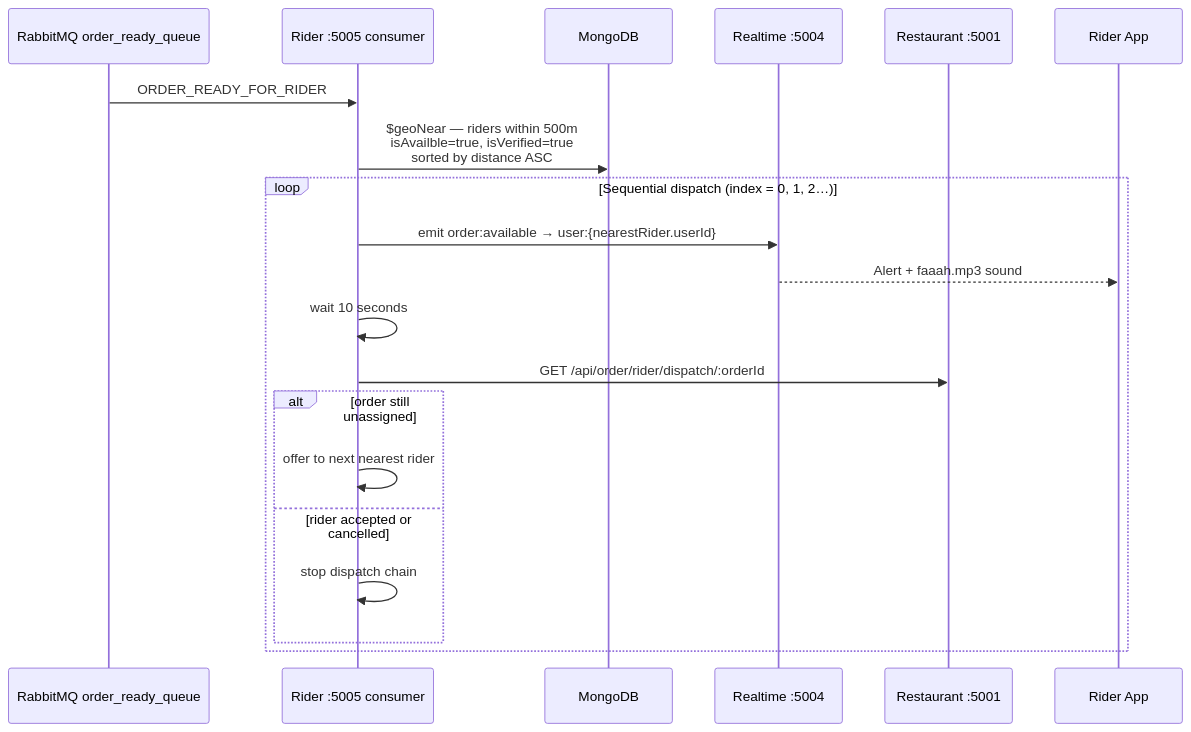
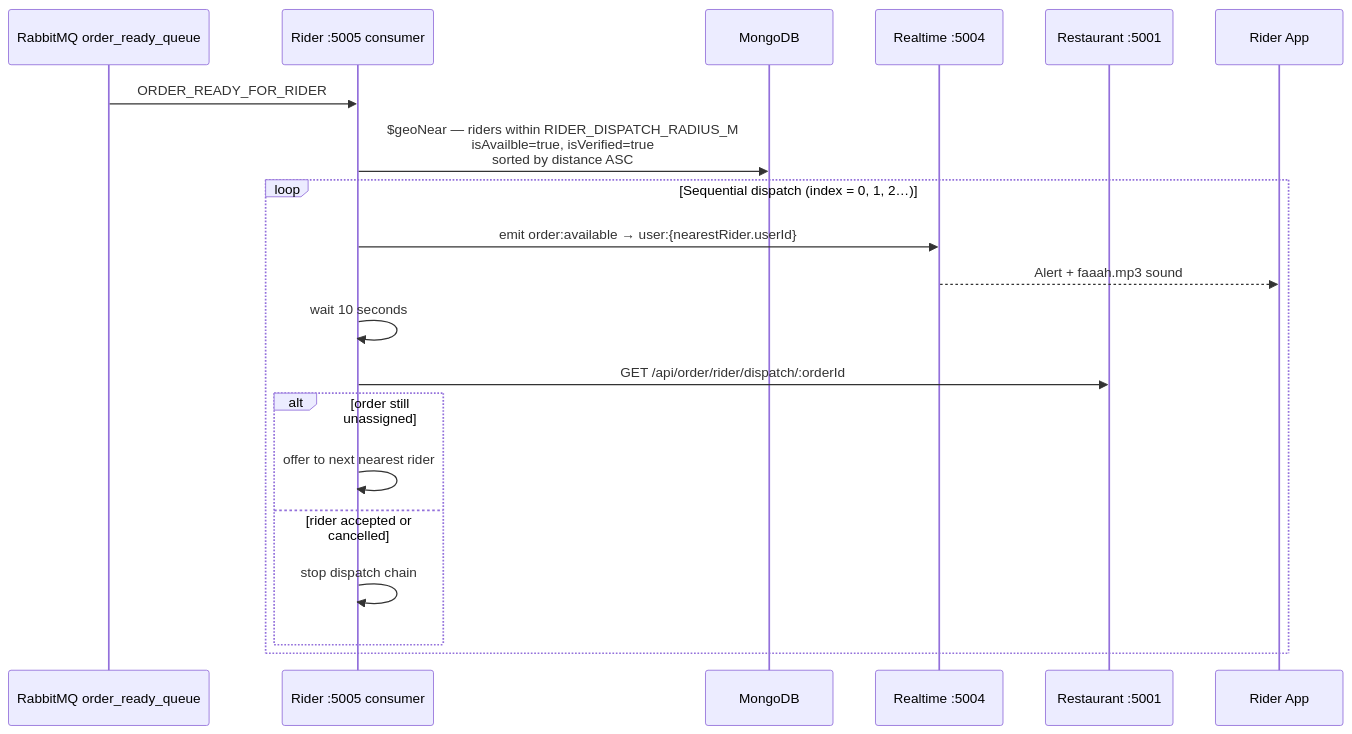
Before and after one commit to subhm2004/ByteBites: the seventh of 19 diagrams in ARCHITECTURE.md, drawn with Mermaid. The commit also changed other lines of this file and 23 other files, not shown here.

````diff
--- a/ARCHITECTURE.md
+++ b/ARCHITECTURE.md
@@ -267,24 +269,24 @@
 ```mermaid
 sequenceDiagram
     participant Q as RabbitMQ order_ready_queue
     participant RD as Rider :5005 consumer
     participant DB as MongoDB
     participant RT as Realtime :5004
     participant R as Restaurant :5001
     participant FE as Rider App
 
     Q->>RD: ORDER_READY_FOR_RIDER
-    RD->>DB: $geoNear — riders within 500m<br/>isAvailble=true, isVerified=true<br/>sorted by distance ASC
+    RD->>DB: $geoNear — riders within RIDER_DISPATCH_RADIUS_M<br/>isAvailble=true, isVerified=true<br/>sorted by distance ASC
 
     loop Sequential dispatch (index = 0, 1, 2…)
         RD->>RT: emit order:available → user:{nearestRider.userId}
         RT-->>FE: Alert + faaah.mp3 sound
         RD->>RD: wait 10 seconds
         RD->>R: GET /api/order/rider/dispatch/:orderId
         alt order still unassigned
             RD->>RD: offer to next nearest rider
         else rider accepted or cancelled
             RD->>RD: stop dispatch chain
         end
     end
 ```
````
